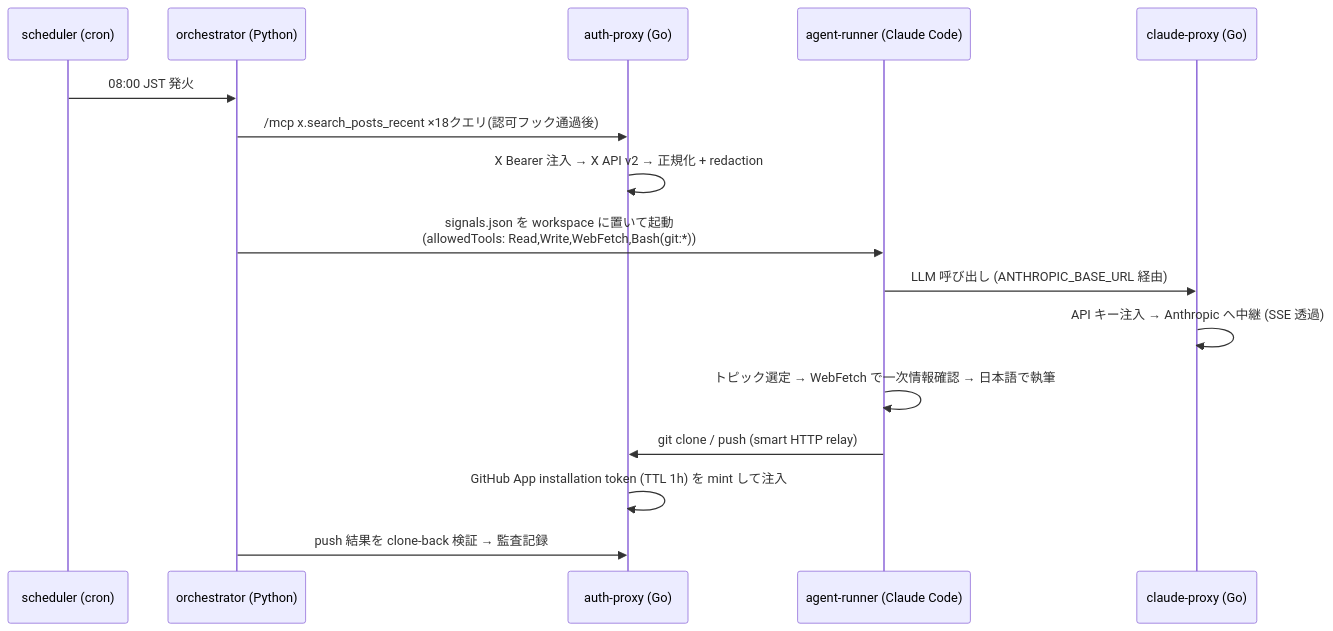
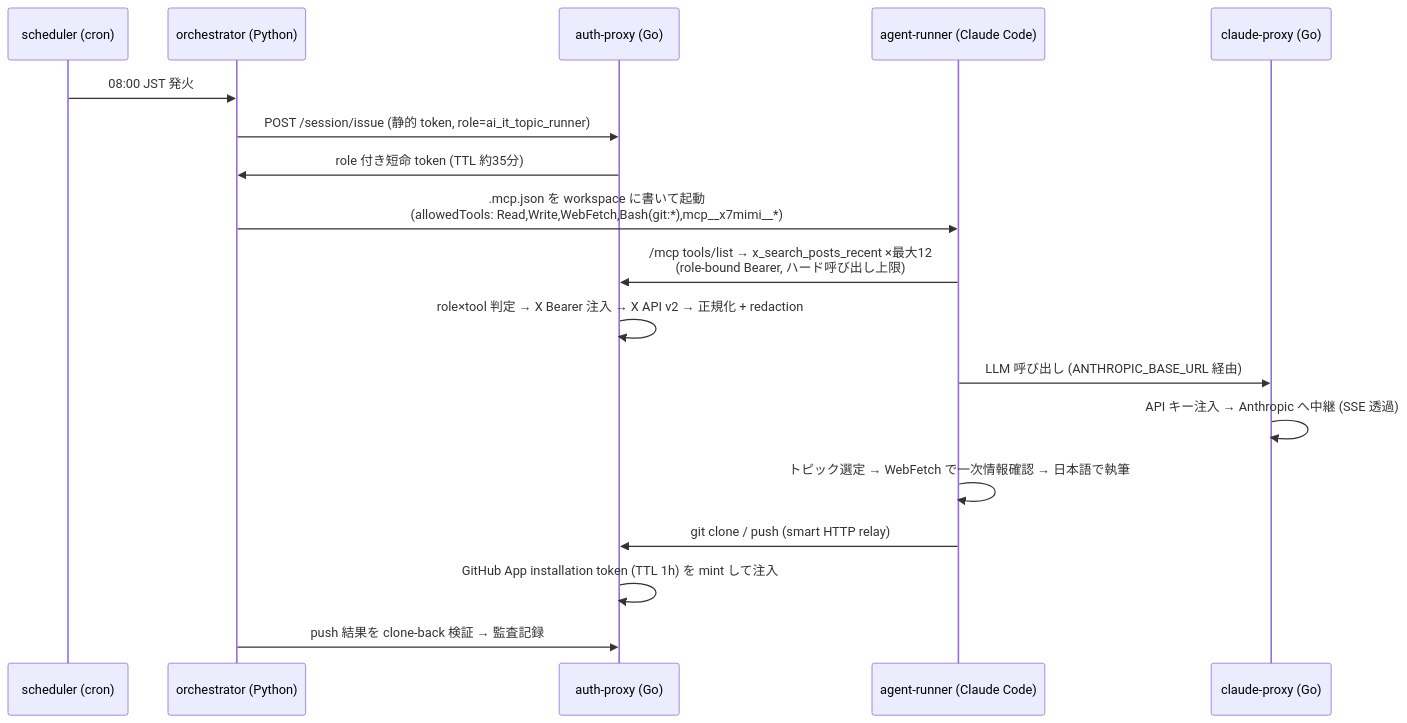
Before and after one commit to nishiog/7mimi-agent: the third of 3 diagrams in docs/blog/Blog.md, drawn with Mermaid. The commit also changed other lines of this file and 13 other files, not shown here.

First line of the commit message:
feat: make direct /mcp the sole collection flow; migrate invest; remove pre-collection (Refs #24)

````diff
--- a/docs/blog/Blog.md
+++ b/docs/blog/Blog.md
@@ -138,18 +138,20 @@
 ```mermaid
 sequenceDiagram
   participant S as scheduler (cron)
   participant O as orchestrator (Python)
   participant A as auth-proxy (Go)
   participant R as agent-runner (Claude Code)
   participant C as claude-proxy (Go)
   S->>O: 08:00 JST 発火
-  O->>A: /mcp x.search_posts_recent ×18クエリ(認可フック通過後)
-  A->>A: X Bearer 注入 → X API v2 → 正規化 + redaction
-  O->>R: signals.json を workspace に置いて起動<br/>(allowedTools: Read,Write,WebFetch,Bash(git:*))
+  O->>A: POST /session/issue (静的 token, role=ai_it_topic_runner)
+  A->>O: role 付き短命 token (TTL 約35分)
+  O->>R: .mcp.json を workspace に書いて起動<br/>(allowedTools: Read,Write,WebFetch,Bash(git:*),mcp__x7mimi__*)
+  R->>A: /mcp tools/list → x_search_posts_recent ×最大12<br/>(role-bound Bearer, ハード呼び出し上限)
+  A->>A: role×tool 判定 → X Bearer 注入 → X API v2 → 正規化 + redaction
   R->>C: LLM 呼び出し (ANTHROPIC_BASE_URL 経由)
   C->>C: API キー注入 → Anthropic へ中継 (SSE 透過)
   R->>R: トピック選定 → WebFetch で一次情報確認 → 日本語で執筆
   R->>A: git clone / push (smart HTTP relay)
   A->>A: GitHub App installation token (TTL 1h) を mint して注入
   O->>A: push 結果を clone-back 検証 → 監査記録
 ```
````
